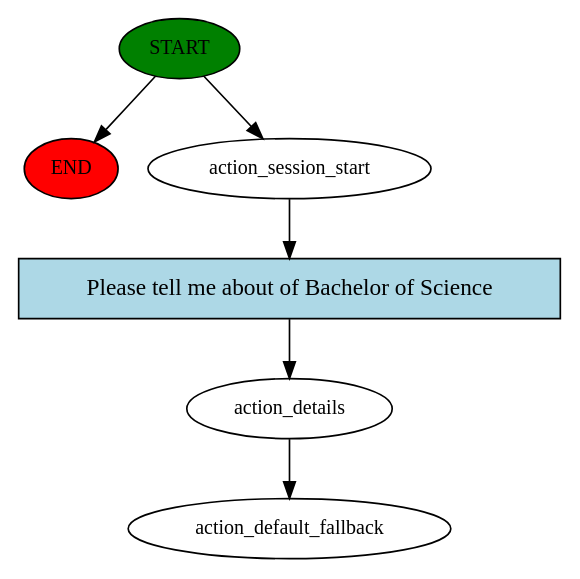
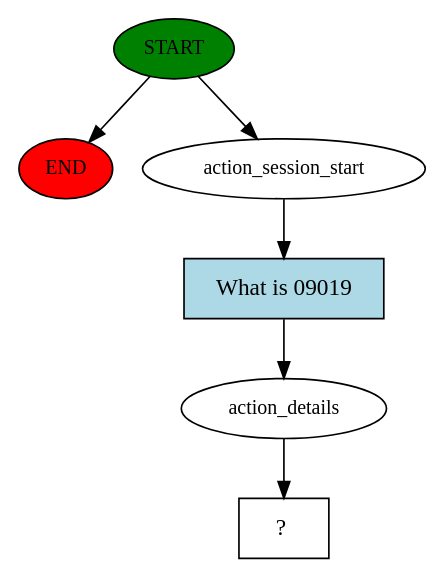
Before and after one commit to wei-research/UTSChatbot: the diagram in story_graph.dot, drawn with Graphviz. The commit also changed 9 other files, not shown here.

```diff
--- a/story_graph.dot
+++ b/story_graph.dot
@@ -1,13 +1,13 @@
 digraph  {
 0 [class="start active", fillcolor=green, fontsize=12, label=START, style=filled];
 "-1" [class=end, fillcolor=red, fontsize=12, label=END, style=filled];
 1 [class=active, fontsize=12, label=action_session_start];
 2 [class=active, fontsize=12, label=action_details];
-3 [class="dashed active", fontsize=12, label=action_default_fallback];
-4 [class="intent active", fillcolor=lightblue, label="Please tell me about of Bachelor of Science", shape=rect, style=filled];
+3 [class="intent dashed active", label="  ?  ", shape=rect];
+4 [class="intent active", fillcolor=lightblue, label="What is 09019", shape=rect, style=filled];
 0 -> "-1"  [class="", key=NONE, label=""];
 0 -> 1  [class=active, key=NONE, label=""];
 1 -> 4  [class=active, key=0];
 2 -> 3  [class=active, key=NONE, label=""];
 4 -> 2  [class=active, key=0];
 }
```
